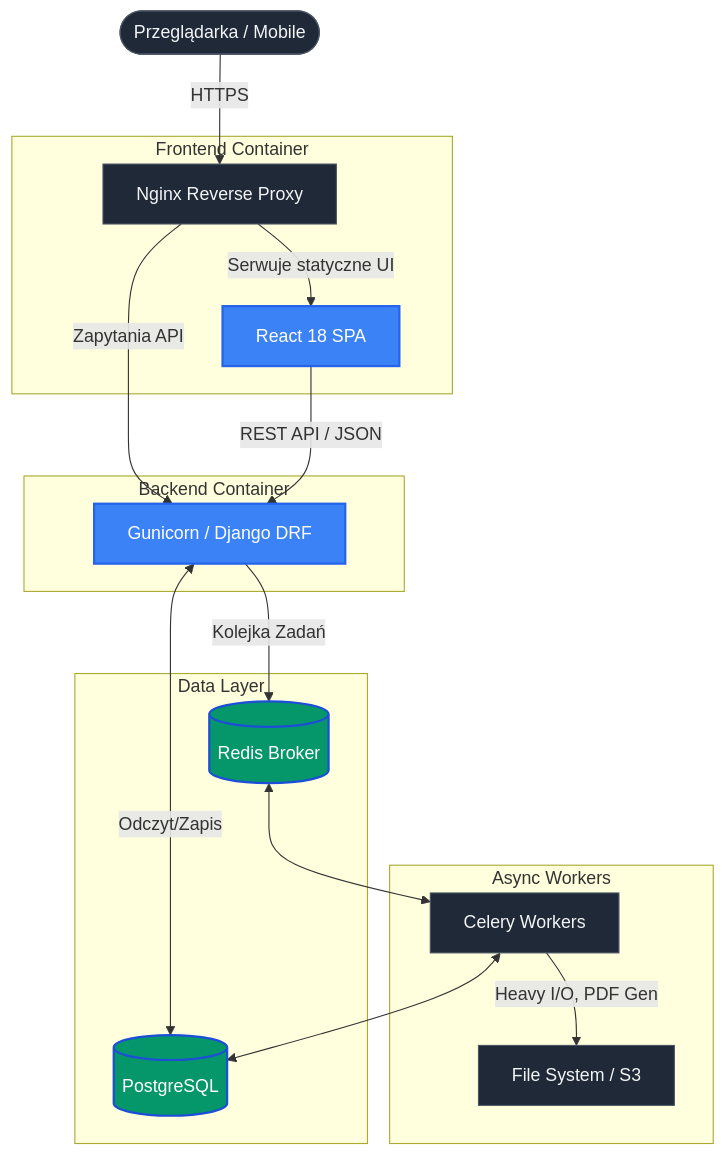
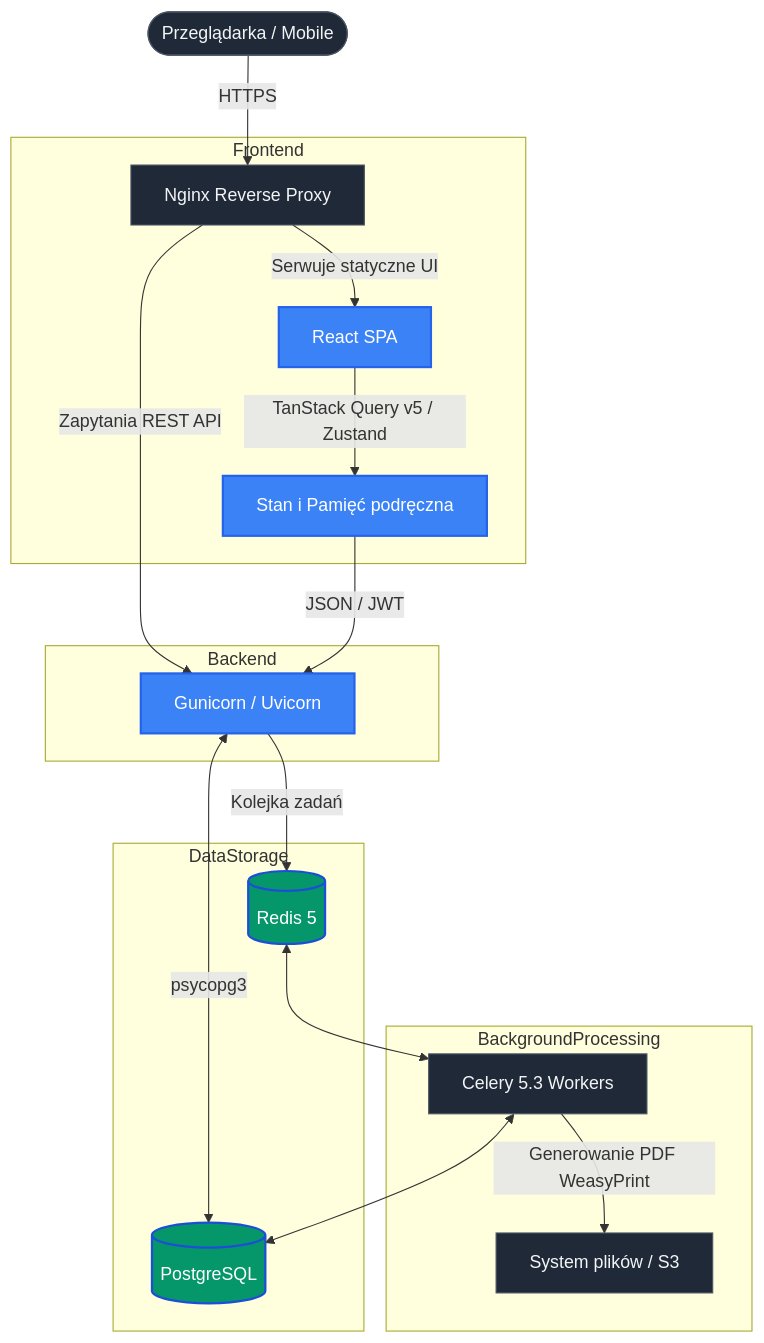
One commit to bedikryst/VoctManager changed the diagram in README.pl.md. Above: the diagram before and after it, drawn with Mermaid. The commit also changed other lines of this file and 2 other files, not shown here.

````diff
--- a/README.pl.md
+++ b/README.pl.md
@@ -25,31 +27,32 @@
 ```mermaid
 graph TD
     Client([Przeglądarka / Mobile]) -->|HTTPS| Nginx[Nginx Reverse Proxy]
-    
-    subgraph Frontend Container
-        Nginx -->|Serwuje statyczne UI| React[React 18 SPA]
+
+    subgraph Frontend
+        Nginx -->|Serwuje statyczne UI| React[React SPA]
+        React -->|TanStack Query v5 / Zustand| StateManager[Stan i Pamięć podręczna]
     end
-    
-    subgraph Backend Container
-        Nginx -->|Zapytania API| Gunicorn[Gunicorn / Django DRF]
-        React -->|REST API / JSON| Gunicorn
+
+    subgraph Backend
+        Nginx -->|Zapytania REST API| Gunicorn[Gunicorn / Uvicorn]
+        StateManager -->|JSON / JWT| Gunicorn
     end
-    
-    subgraph Data Layer
-        Gunicorn <-->|Odczyt/Zapis| DB[(PostgreSQL)]
-        Gunicorn -->|Kolejka Zadań| Redis[(Redis Broker)]
+
+    subgraph DataStorage
+        Gunicorn <-->|psycopg3| DB[(PostgreSQL)]
+        Gunicorn -->|Kolejka zadań| Redis[(Redis 5)]
     end
-    
-    subgraph Async Workers
-        Redis <--> Celery[Celery Workers]
+
+    subgraph BackgroundProcessing
+        Redis <--> Celery[Celery 5.3 Workers]
         Celery <--> DB
-        Celery -->|Heavy I/O, PDF Gen| Ext[File System / S3]
+        Celery -->|Generowanie PDF WeasyPrint| Ext[System plików / S3]
     end
-    
+
     classDef default fill:#1f2937,stroke:#4b5563,stroke-width:1px,color:#f3f4f6;
     classDef highlight fill:#3b82f6,stroke:#2563eb,stroke-width:2px,color:#ffffff;
     classDef db fill:#059669,stroke:#1d4ed8,stroke-width:2px,color:#ffffff;
-    
-    class React,Gunicorn highlight;
+
+    class React,StateManager,Gunicorn highlight;
     class DB,Redis db;
 ```
````
